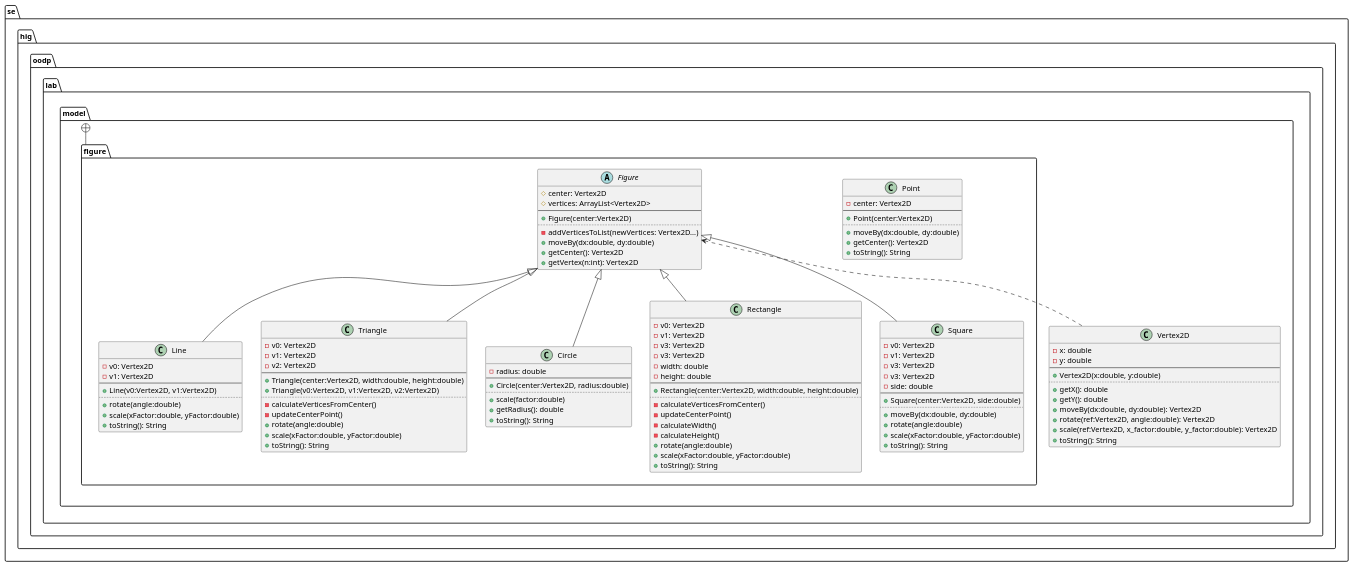
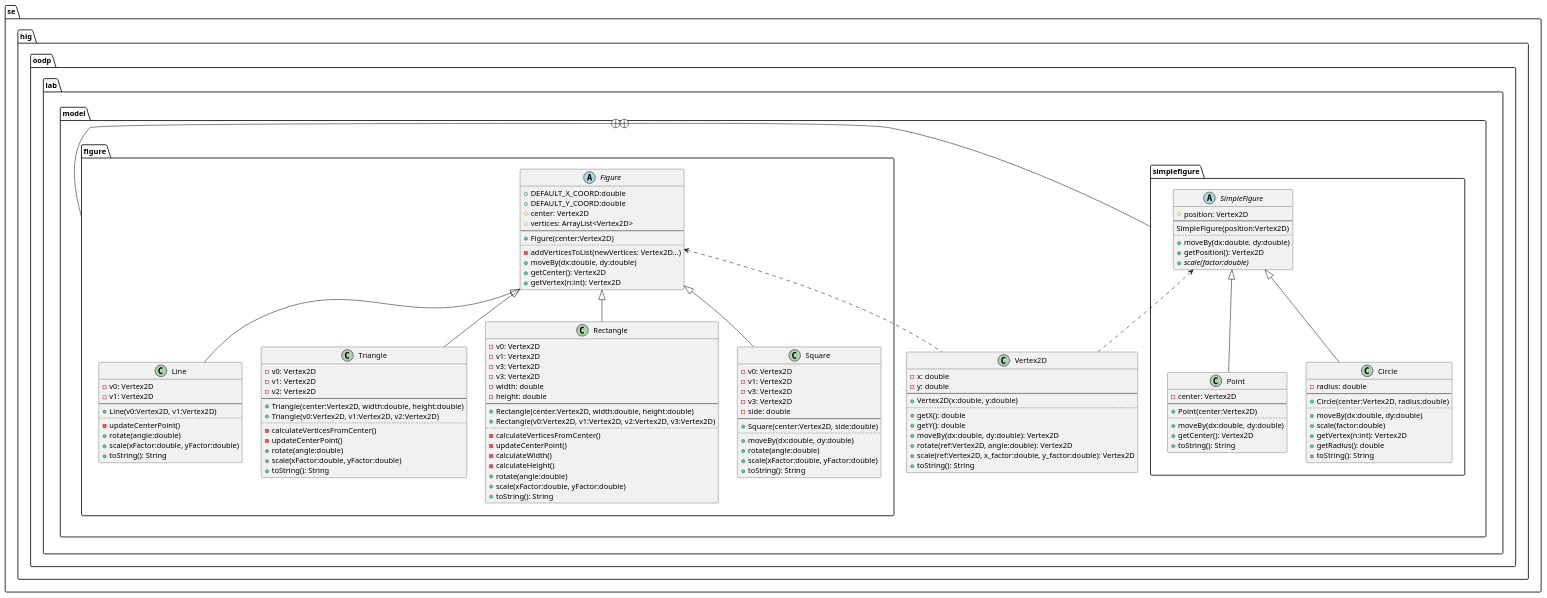
One commit to jonasjberg/DVG303_lab2 changed the diagram in diagram/uppgift2.puml. Above: the diagram before and after it, drawn with PlantUML. The commit also changed 9 other files, not shown here.

```diff
--- a/diagram/uppgift2.puml
+++ b/diagram/uppgift2.puml
@@ -9,164 +9,172 @@
 @startuml
 ' ____________________________________________________________________________
 ' ____ CONFIGURATION OPTIONS __________________________________________________
+' debug flag creates a 'svek.dot' and 'svek.svg' file in ~/
+!pragma svek_trace on
+
 ' package graphical style
-skinparam packageStyle folder
+' skinparam packageStyle folder
 
 ' don't use symbols to indicate visibility
 ' skinparam classAttributeIconsize 0
 
 
 ' ____________________________________________________________________________
 ' ____ CLASS DEFINITIONS ______________________________________________________
 package se.hig.oodp.lab.model {
     class Vertex2D {
         -x: double
         -y: double
         --
         +Vertex2D(x:double, y:double)
         ..
         +getX(): double
         +getY(): double
         +moveBy(dx:double, dy:double): Vertex2D
         +rotate(ref:Vertex2D, angle:double): Vertex2D
         +scale(ref:Vertex2D, x_factor:double, y_factor:double): Vertex2D
         +toString(): String
     }
 }
 
-package se.hig.oodp.lab.model.figure {
+package se.hig.oodp.lab.model.simplefigure {
+    abstract class SimpleFigure {
+        #position: Vertex2D
+        --
+        SimpleFigure(position:Vertex2D)
+        ..
+        +moveBy(dx:double. dy:double)
+        +getPosition(): Vertex2D
+        {Abstract}+scale(factor:double)
+    }
+
     class Point {
         -center: Vertex2D
         --
         +Point(center:Vertex2D)
         ..
         +moveBy(dx:double, dy:double)
         +getCenter(): Vertex2D
         +toString(): String
     }
 
+    class Circle {
+        -radius: double
+        --
+        +Circle(center:Vertex2D, radius:double)
+        ..
+        +moveBy(dx:double, dy:double)
+        +scale(factor:double)
+        +getVertex(n:int): Vertex2D
+        +getRadius(): double
+        +toString(): String
+    }
+}
+
+package se.hig.oodp.lab.model.figure {
+
     abstract class Figure {
+        +DEFAULT_X_COORD:double
+        +DEFAULT_Y_COORD:double
         #center: Vertex2D
         #vertices: ArrayList<Vertex2D>
         --
         +Figure(center:Vertex2D)
         ..
         -addVerticesToList(newVertices: Vertex2D...)
         +moveBy(dx:double, dy:double)
         +getCenter(): Vertex2D
         +getVertex(n:int): Vertex2D
     }
 
     class Line {
         -v0: Vertex2D
         -v1: Vertex2D
-'       -vertices: ArrayList<Vertex2D>
         --
         +Line(v0:Vertex2D, v1:Vertex2D)
         ..
-'       +moveBy(dx:double, dy:double)
+        -updateCenterPoint()
         +rotate(angle:double)
         +scale(xFactor:double, yFactor:double)
-'       +getCenter(): Vertex2D
-'       +getVertex(n:int): Vertex2D
         +toString(): String
     }
 
     class Triangle {
         -v0: Vertex2D
         -v1: Vertex2D
         -v2: Vertex2D
-'       -vertices: ArrayList<Vertex2D>
         --
         +Triangle(center:Vertex2D, width:double, height:double)
         +Triangle(v0:Vertex2D, v1:Vertex2D, v2:Vertex2D)
         ..
         -calculateVerticesFromCenter()
         -updateCenterPoint()
-'       +moveBy(dx:double, dy:double)
         +rotate(angle:double)
         +scale(xFactor:double, yFactor:double)
-'       +getCenter(): Vertex2D
-'       +getVertex(n:int): Vertex2D
-        +toString(): String
-    }
-
-    class Circle {
-        -radius: double
-        --
-        +Circle(center:Vertex2D, radius:double)
-        ..
-'       +moveBy(dx:double, dy:double)
-        +scale(factor:double)
-'       +getCenter(): Vertex2D
-'       +getVertex(n:int): Vertex2D
-        +getRadius(): double
         +toString(): String
     }
 
     class Rectangle {
         -v0: Vertex2D
         -v1: Vertex2D
         -v3: Vertex2D
         -v3: Vertex2D
-'       -vertices: ArrayList<Vertex2D>
         -width: double
         -height: double
         --
         +Rectangle(center:Vertex2D, width:double, height:double)
+        +Rectangle(v0:Vertex2D, v1:Vertex2D, v2:Vertex2D, v3:Vertex2D)
         ..
         -calculateVerticesFromCenter()
         -updateCenterPoint()
         -calculateWidth()
         -calculateHeight()
-'       +moveBy(dx:double, dy:double)
         +rotate(angle:double)
         +scale(xFactor:double, yFactor:double)
-'       +getCenter(): Vertex2D
-'       +getVertex(n:int): Vertex2D
         +toString(): String
     }
 
     class Square {
         -v0: Vertex2D
         -v1: Vertex2D
         -v3: Vertex2D
         -v3: Vertex2D
-'       -vertices: ArrayList<Vertex2D>
         -side: double
         --
         +Square(center:Vertex2D, side:double)
         ..
         +moveBy(dx:double, dy:double)
         +rotate(angle:double)
         +scale(xFactor:double, yFactor:double)
-'       +getCenter(): Vertex2D
-'       +getVertex(n:int): Vertex2D
         +toString(): String
     }
 }
 
 
 ' ____________________________________________________________________________
 ' ____ PACKAGE HIERARCHY _____________________________________________________
 se.hig.oodp.lab.model +-- se.hig.oodp.lab.model.figure
+se.hig.oodp.lab.model +-- se.hig.oodp.lab.model.simplefigure
 
 
 ' ____________________________________________________________________________
 ' ____ RELATIONS BETWEEN CLASSES _____________________________________________
 ' <|--      extension
 ' *--       composition
 ' o--       aggregation
 
-' Figure <|-- Point
+Figure <.. Vertex2D
+SimpleFigure <.. Vertex2D
+
+SimpleFigure <|-- Point
+SimpleFigure <|-- Circle
+
 Figure <|-- Line
 Figure <|-- Triangle
 Figure <|-- Rectangle
 Figure <|-- Square
-Figure <|-- Circle
-Figure <.. Vertex2D
 
 
 
 
 @enduml
```
